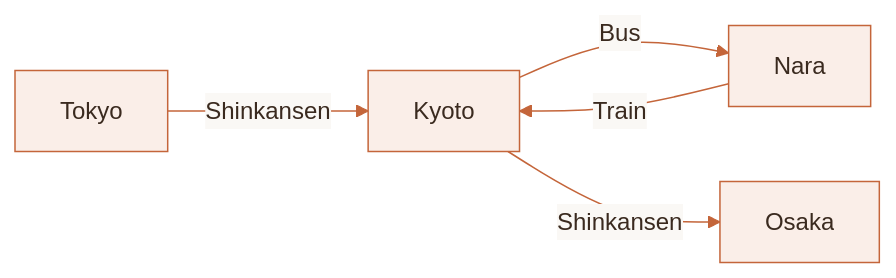
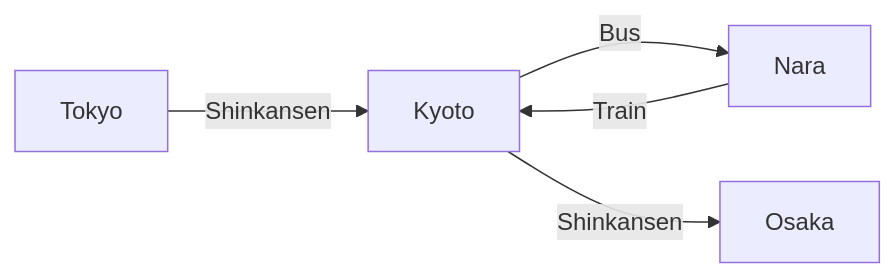
The first of 2 diagrams in 000-trips/style-reference/index.qmd (maxdrohde/travel-blog), drawn with Mermaid before and after one commit. The commit also changed other lines of this file and 5 other files, not shown here.

First line of the commit message:
Mermaid theming via CSS vars, shared tab resize fix, carousel caption styling

````diff
--- a/000-trips/style-reference/index.qmd
+++ b/000-trips/style-reference/index.qmd
@@ -856,9 +856,8 @@
 ```{mermaid}
 %%| fig-width: 5
-%%{init: {'theme': 'base', 'themeVariables': {'primaryColor': '#faeee8', 'primaryBorderColor': '#c4653a', 'primaryTextColor': '#3a2a1f', 'lineColor': '#c4653a', 'edgeLabelBackground': '#faf8f5', 'fontFamily': 'IBM Plex Sans'}}}%%
 graph LR
     A[Tokyo] -->|Shinkansen| B[Kyoto]
     B -->|Bus| C[Nara]
     C -->|Train| B
     B -->|Shinkansen| D[Osaka]
 ```
````
